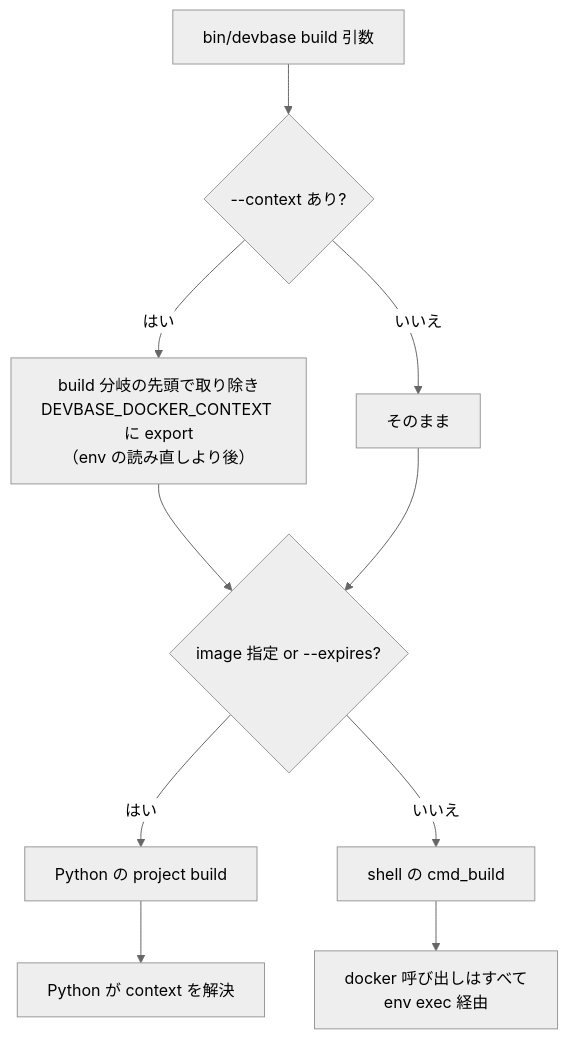
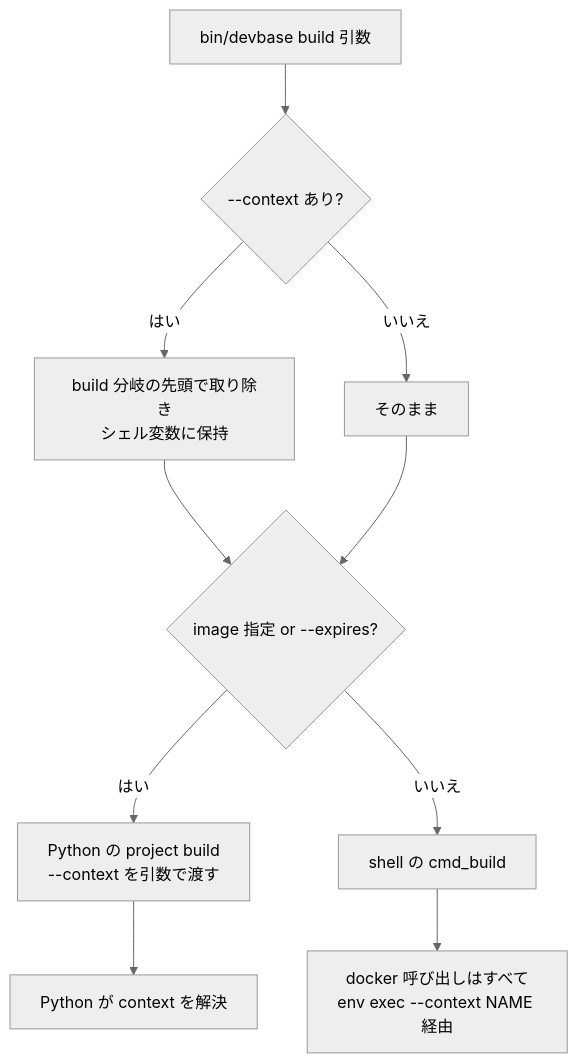
Before and after one commit to devbasex/devbase: the seventh of 7 diagrams in issues/PLAN52_remote-docker-context-design.md, drawn with Mermaid (neutral theme). The commit also changed other lines of this file and 2 other files, not shown here.

First line of the commit message:
docs(PLAN52): レビュー指摘を反映 (--context は env exec へ引数で渡し .env の注入に負けない)

````diff
--- a/issues/PLAN52_remote-docker-context-design.md
+++ b/issues/PLAN52_remote-docker-context-design.md
@@ -354,12 +357,12 @@
 ```mermaid
 graph TD
     A[bin/devbase build 引数] --> B{--context あり?}
-    B -->|はい| C[build 分岐の先頭で取り除き<br/>DEVBASE_DOCKER_CONTEXT に export<br/>（env の読み直しより後）]
+    B -->|はい| C[build 分岐の先頭で取り除き<br/>シェル変数に保持]
     B -->|いいえ| D[そのまま]
     C --> G{image 指定 or --expires?}
     D --> G
-    G -->|はい| H[Python の project build]
+    G -->|はい| H[Python の project build<br/>--context を引数で渡す]
     G -->|いいえ| E[shell の cmd_build]
-    E --> F[docker 呼び出しはすべて<br/>env exec 経由]
+    E --> F[docker 呼び出しはすべて<br/>env exec --context NAME 経由]
     H --> F2[Python が context を解決]
 ```
````
